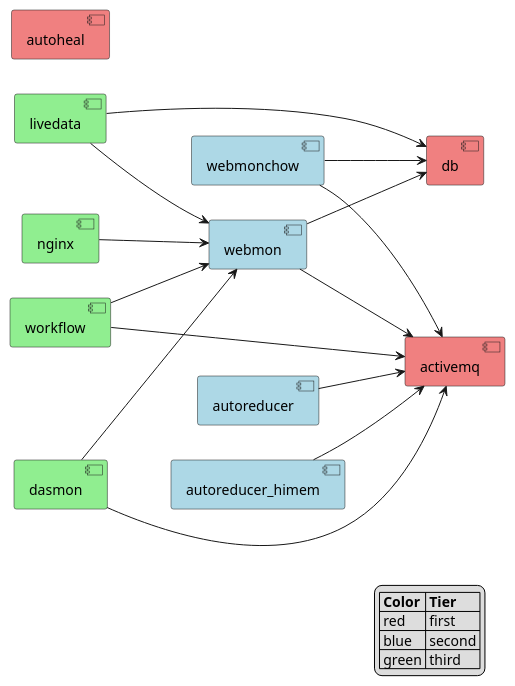
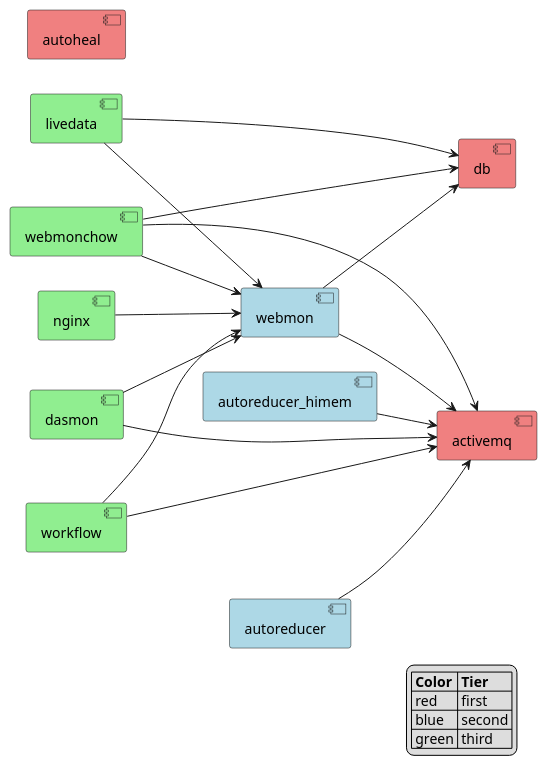
One commit to neutrons/data_workflow changed the diagram in docs/developer/images/local_deployment_dependence_graph.puml. Above: the diagram before and after it, drawn with PlantUML. The commit also changed 1 other file, not shown here.

Commit message:
Update deployment graph image
Repositioned `webmonchow` to a different section and added a new dependency link from `webmonchow` to `webmon`. This improves the clarity of the module interactions and reflects recent architecture changes.

```diff
--- a/docs/developer/images/local_deployment_dependence_graph.puml
+++ b/docs/developer/images/local_deployment_dependence_graph.puml
@@ -1,42 +1,43 @@
 @startuml
 'https://plantuml.com/component-diagram
 
 left to right direction
 
 
 legend right
 |= Color |= Tier |
 | red | first |
 | blue | second |
 | green | third |
 endlegend
 
 component db #lightcoral
 component activemq #lightcoral
 component autoheal #lightcoral
 
 component webmon #lightblue
 component autoreducer #lightblue
 component autoreducer_himem #lightblue
-component webmonchow #lightblue
 
 component nginx #lightgreen
 component dasmon #lightgreen
 component workflow #lightgreen
 component livedata #lightgreen
+component webmonchow #lightgreen
 
 nginx --> webmon
 webmon --> db
 webmon --> activemq
 dasmon --> activemq
 dasmon --> webmon
 workflow --> activemq
 workflow --> webmon
 autoreducer --> activemq
 autoreducer_himem --> activemq
 webmonchow --> db
 webmonchow --> activemq
+webmonchow --> webmon
 livedata --> db
 livedata --> webmon
 
 @enduml
```
